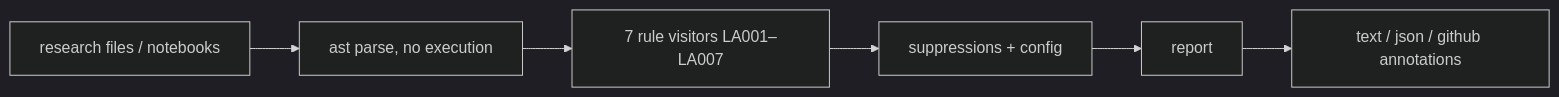
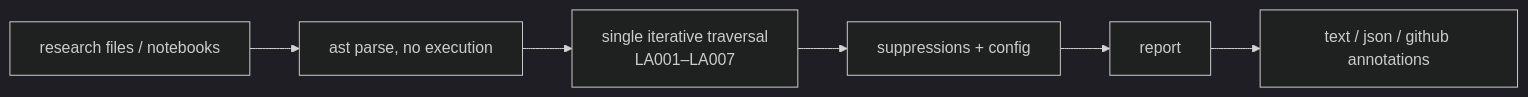
One commit to bmouler/lookahead-lint changed the diagram in README.md. Above: the diagram before and after it, drawn with Mermaid (dark theme). The commit also changed other lines of this file and 4 other files, not shown here.

````diff
--- a/README.md
+++ b/README.md
@@ -151,3 +151,3 @@
 ```mermaid
-flowchart LR; SRC[research files / notebooks] --> AST[ast parse, no execution]; AST --> RU[7 rule visitors LA001–LA007]; RU --> SUP[suppressions + config]; SUP --> REP[report]; REP --> OUT[text / json / github annotations]
+flowchart LR; SRC[research files / notebooks] --> AST[ast parse, no execution]; AST --> RU[single iterative traversal<br/>LA001–LA007]; RU --> SUP[suppressions + config]; SUP --> REP[report]; REP --> OUT[text / json / github annotations]
 ```
````
